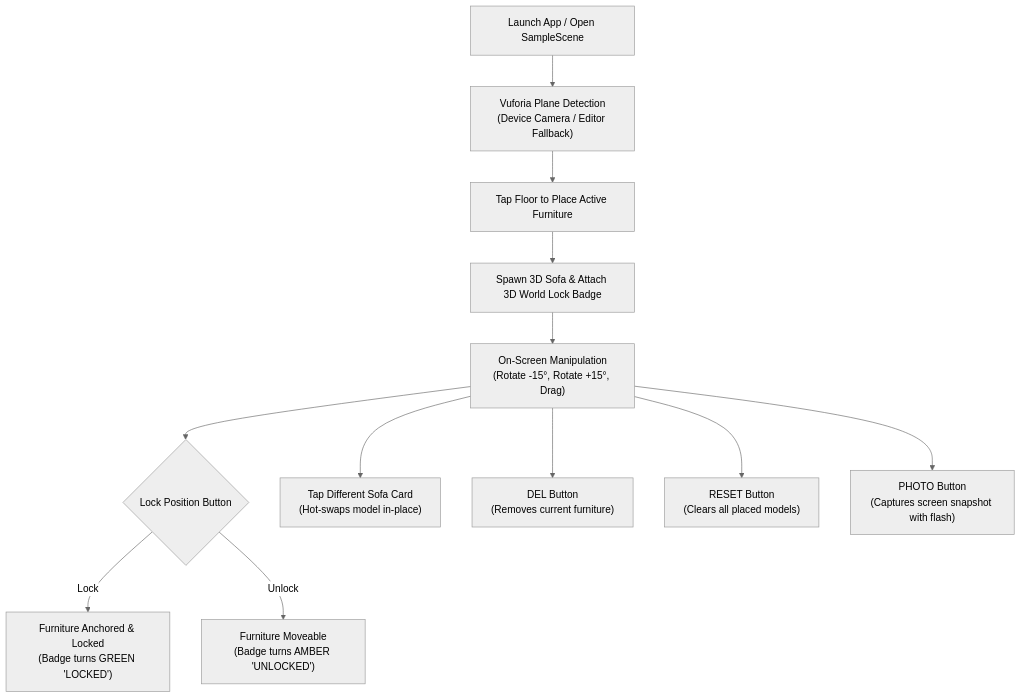
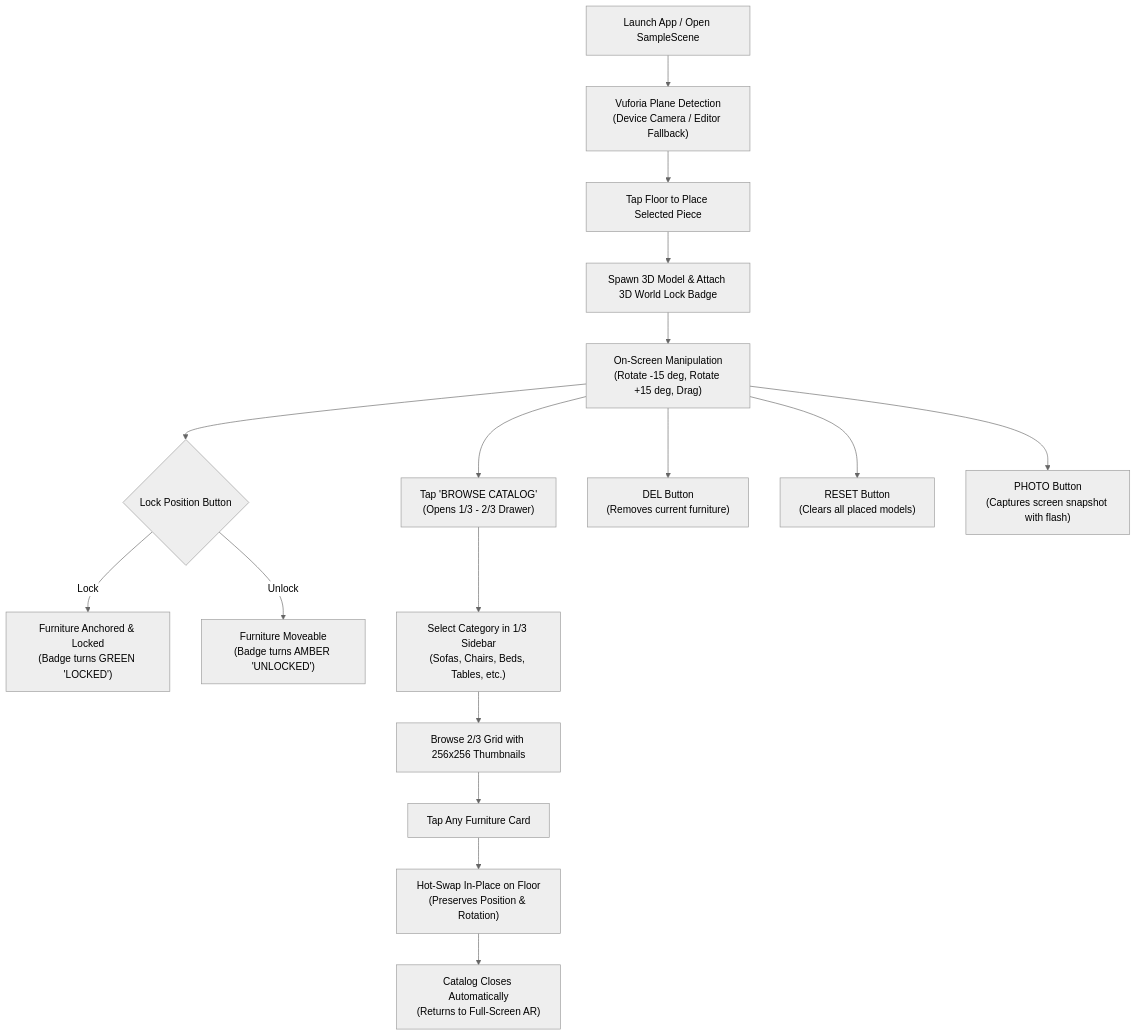
One commit to HUmnanANirudh/Furnish_Ar changed the diagram in PRODUCT.md. Above: the diagram before and after it, drawn with Mermaid (neutral theme). The commit also changed other lines of this file and 166 other files, not shown here.

Commit message:
feat(catalog): implement 1/3-2/3 category suite with 75 curated pieces and in-place hot-swapping

````diff
--- a/PRODUCT.md
+++ b/PRODUCT.md
@@ -12,14 +14,19 @@
 ```mermaid
 flowchart TD
     Start["Launch App / Open SampleScene"] --> PlaneTrack["Vuforia Plane Detection<br>(Device Camera / Editor Fallback)"]
-    PlaneTrack --> TapPlacement["Tap Floor to Place Active Furniture"]
-    TapPlacement --> SpawnObject["Spawn 3D Sofa & Attach 3D World Lock Badge"]
-    SpawnObject --> Interact["On-Screen Manipulation<br>(Rotate -15°, Rotate +15°, Drag)"]
+    PlaneTrack --> TapPlacement["Tap Floor to Place Selected Piece"]
+    TapPlacement --> SpawnObject["Spawn 3D Model & Attach 3D World Lock Badge"]
+    SpawnObject --> Interact["On-Screen Manipulation<br>(Rotate -15 deg, Rotate +15 deg, Drag)"]
     Interact --> LockCheck{"Lock Position Button"}
     LockCheck -- "Lock" --> LockedState["Furniture Anchored & Locked<br>(Badge turns GREEN 'LOCKED')"]
     LockCheck -- "Unlock" --> UnlockedState["Furniture Moveable<br>(Badge turns AMBER 'UNLOCKED')"]
-    Interact --> SwitchSofa["Tap Different Sofa Card<br>(Hot-swaps model in-place)"]
+    Interact --> OpenCatalog["Tap 'BROWSE CATALOG'<br>(Opens 1/3 - 2/3 Drawer)"]
+    OpenCatalog --> SelectCat["Select Category in 1/3 Sidebar<br>(Sofas, Chairs, Beds, Tables, etc.)"]
+    SelectCat --> BrowseGrid["Browse 2/3 Grid with 256x256 Thumbnails"]
+    BrowseGrid --> SelectPiece["Tap Any Furniture Card"]
+    SelectPiece --> HotSwap["Hot-Swap In-Place on Floor<br>(Preserves Position & Rotation)"]
+    HotSwap --> CloseModal["Catalog Closes Automatically<br>(Returns to Full-Screen AR)"]
     Interact --> DelAction["DEL Button<br>(Removes current furniture)"]
     Interact --> ResetAction["RESET Button<br>(Clears all placed models)"]
     Interact --> PhotoAction["PHOTO Button<br>(Captures screen snapshot with flash)"]
 ```
````
